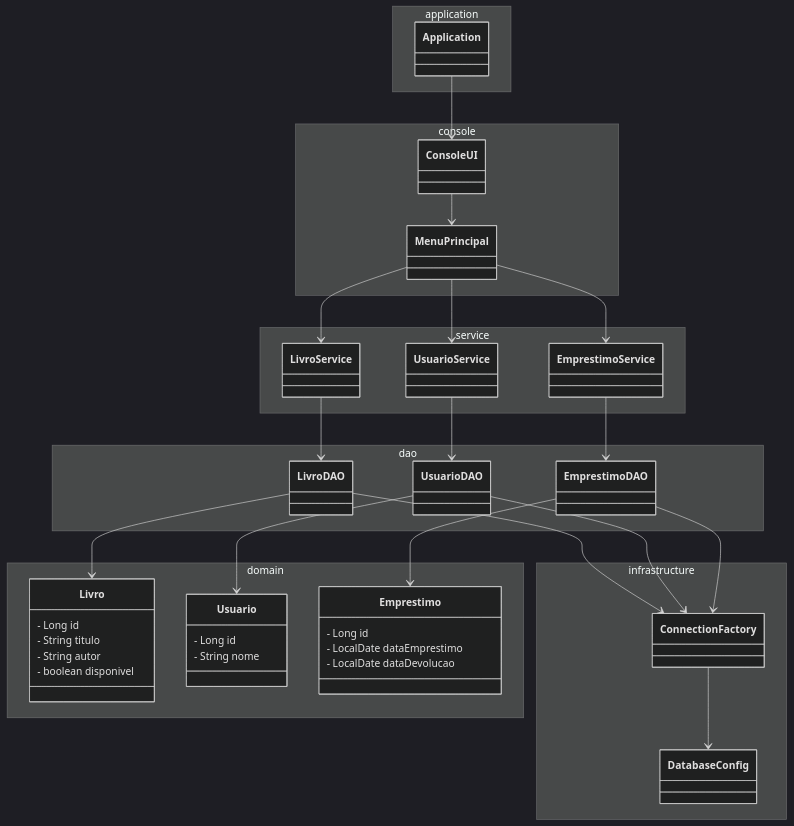
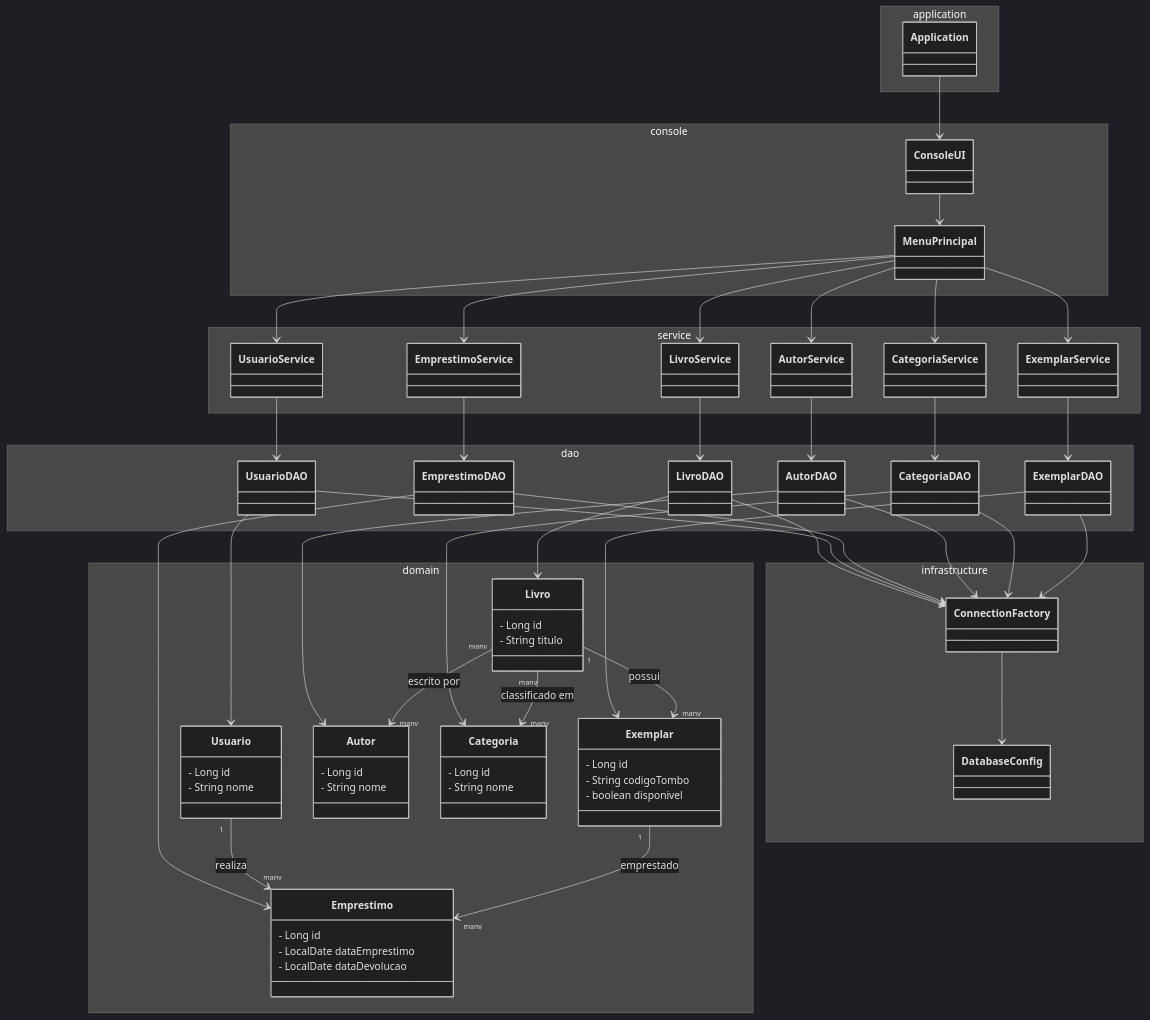
One commit to javajdk2023/j2 changed the second of 2 diagrams in README.md. Above: the diagram before and after it, drawn with Mermaid (dark theme). The commit also changed other lines of this file, not shown here.

First line of the commit message:
Enhance README with conceptual structure and ER diagram

````diff
--- a/README.md
+++ b/README.md
@@ -275,8 +368,6 @@
     class Livro {
         - Long id
         - String titulo
-        - String autor
-        - boolean disponivel
     }
 
     class Usuario {
@@ -289,6 +380,22 @@
         - LocalDate dataEmprestimo
         - LocalDate dataDevolucao
     }
+
+    class Exemplar {
+        - Long id
+        - String codigoTombo
+        - boolean disponivel
+    }
+
+    class Autor {
+        - Long id
+        - String nome
+    }
+
+    class Categoria {
+        - Long id
+        - String nome
+    }
 }
 
 %% =======================
@@ -298,6 +405,9 @@
     class LivroService
     class UsuarioService
     class EmprestimoService
+    class AutorService
+    class CategoriaService
+    class ExemplarService
 }
 
 %% =======================
@@ -307,6 +417,9 @@
     class LivroDAO
     class UsuarioDAO
     class EmprestimoDAO
+    class AutorDAO
+    class CategoriaDAO
+    class ExemplarDAO
 }
 
 %% =======================
@@ -318,7 +431,7 @@
 }
 
 %% =======================
-%% RELACIONAMENTOS
+%% RELACIONAMENTOS DE CAMADAS
 %% =======================
 Application --> ConsoleUI
 ConsoleUI --> MenuPrincipal
@@ -326,19 +439,40 @@
 MenuPrincipal --> LivroService
 MenuPrincipal --> UsuarioService
 MenuPrincipal --> EmprestimoService
+MenuPrincipal --> AutorService
+MenuPrincipal --> CategoriaService
+MenuPrincipal --> ExemplarService
 
 LivroService --> LivroDAO
 UsuarioService --> UsuarioDAO
 EmprestimoService --> EmprestimoDAO
+AutorService --> AutorDAO
+CategoriaService --> CategoriaDAO
+ExemplarService --> ExemplarDAO
 
 LivroDAO --> Livro
 UsuarioDAO --> Usuario
 EmprestimoDAO --> Emprestimo
+AutorDAO --> Autor
+CategoriaDAO --> Categoria
+ExemplarDAO --> Exemplar
 
 LivroDAO --> ConnectionFactory
 UsuarioDAO --> ConnectionFactory
 EmprestimoDAO --> ConnectionFactory
+AutorDAO --> ConnectionFactory
+CategoriaDAO --> ConnectionFactory
+ExemplarDAO --> ConnectionFactory
 
 ConnectionFactory --> DatabaseConfig
 
+%% =======================
+%% RELACIONAMENTOS DE DOMÍNIO
+%% =======================
+Livro "1" --> "many" Exemplar : possui
+Livro "many" --> "many" Autor : escrito por
+Livro "many" --> "many" Categoria : classificado em
+
+Usuario "1" --> "many" Emprestimo : realiza
+Exemplar "1" --> "many" Emprestimo : emprestado
 ```
````
